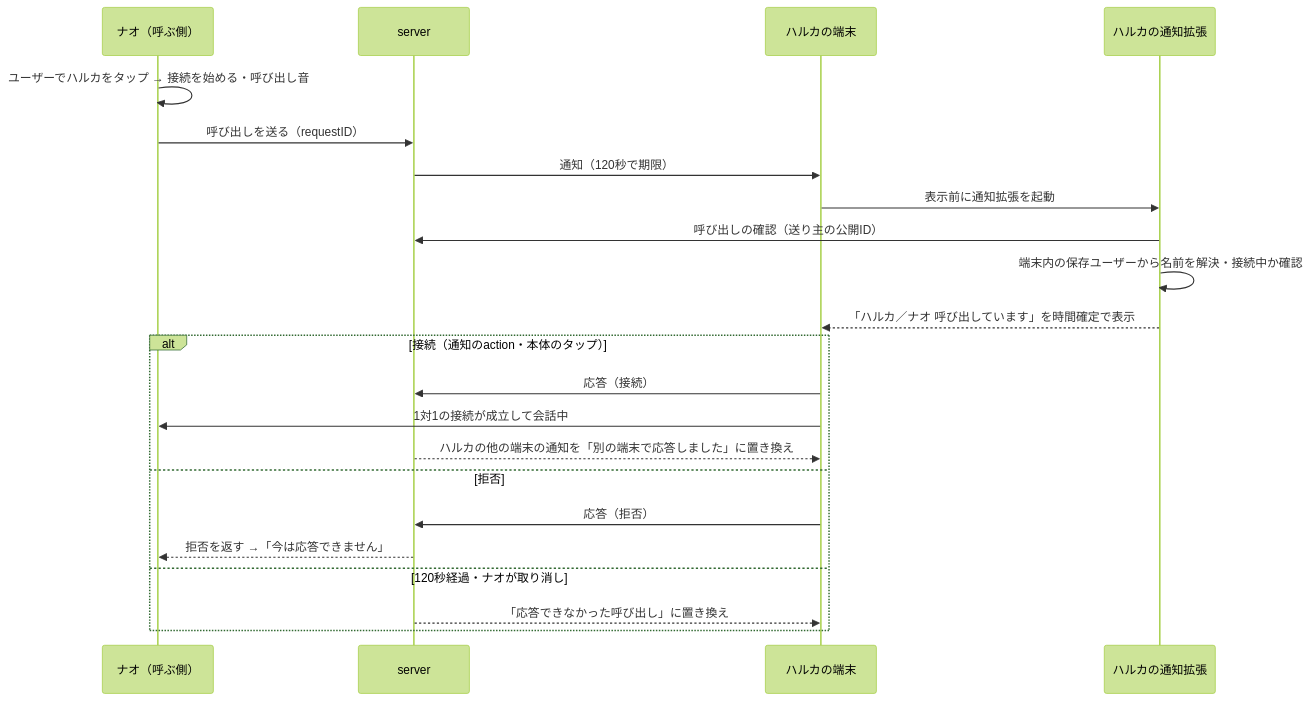
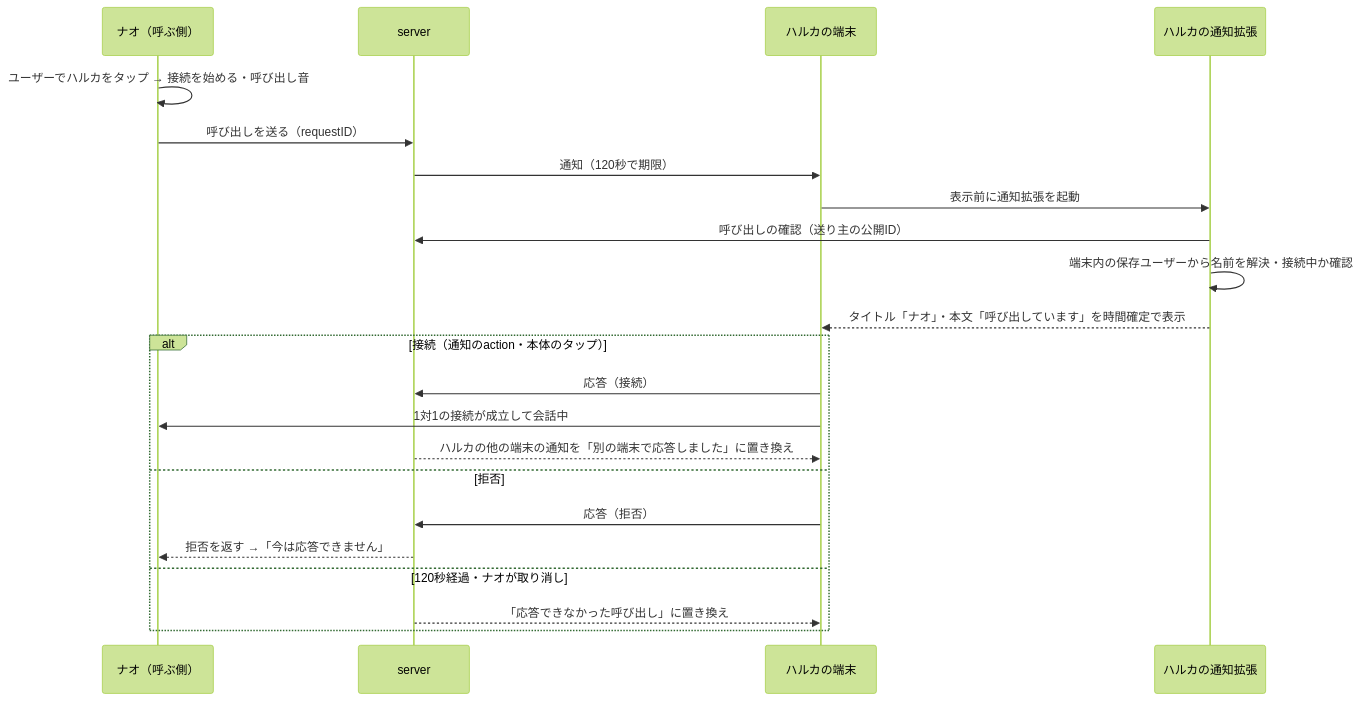
Before and after one commit to eroccowaruico/RideIntercom: the diagram in docs/design/通知の設計.md, drawn with Mermaid (forest theme). The commit also changed other lines of this file and 12 other files, not shown here.

````diff
--- a/docs/design/通知の設計.md
+++ b/docs/design/通知の設計.md
@@ -71,24 +71,24 @@
 ```mermaid
 sequenceDiagram
     participant A as ナオ（呼ぶ側）
     participant S as server
     participant B as ハルカの端末
     participant E as ハルカの通知拡張
     A->>A: ユーザーでハルカをタップ → 接続を始める・呼び出し音
     A->>S: 呼び出しを送る（requestID）
     S->>B: 通知（120秒で期限）
     B->>E: 表示前に通知拡張を起動
     E->>S: 呼び出しの確認（送り主の公開ID）
     E->>E: 端末内の保存ユーザーから名前を解決・接続中か確認
-    E-->>B: 「ハルカ／ナオ 呼び出しています」を時間確定で表示
+    E-->>B: タイトル「ナオ」・本文「呼び出しています」を時間確定で表示
     alt 接続（通知のaction・本体のタップ）
         B->>S: 応答（接続）
         B->>A: 1対1の接続が成立して会話中
         S-->>B: ハルカの他の端末の通知を「別の端末で応答しました」に置き換え
     else 拒否
         B->>S: 応答（拒否）
         S-->>A: 拒否を返す →「今は応答できません」
     else 120秒経過・ナオが取り消し
         S-->>B: 「応答できなかった呼び出し」に置き換え
     end
 ```
````
